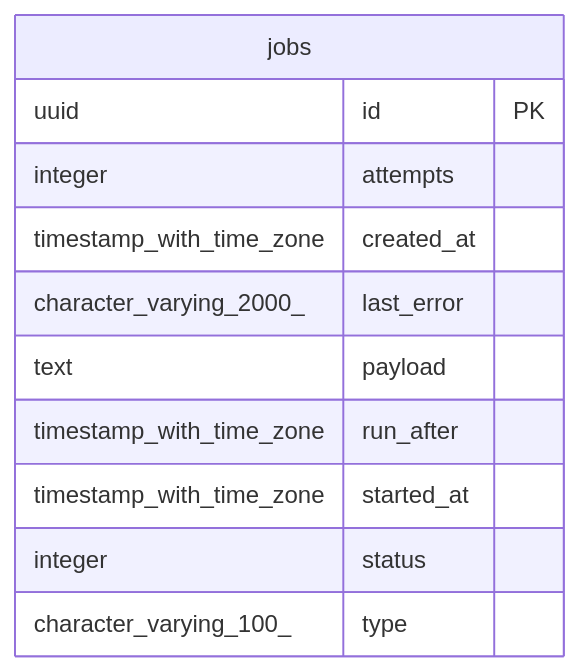
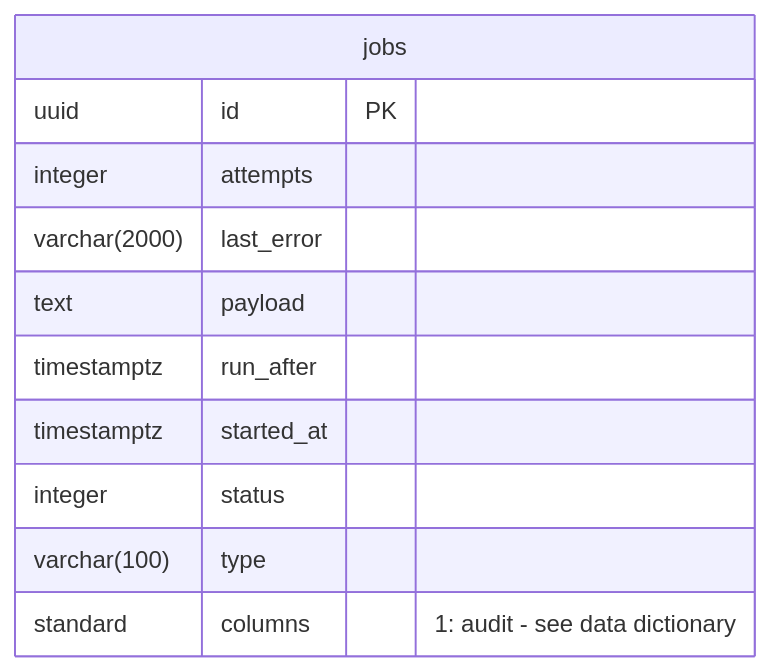
One commit to alexcanario/simulab changed the diagram in docs/architecture/Jobs/entities.md. Above: the diagram before and after it, drawn with Mermaid. The commit also changed other lines of this file and 3 other files, not shown here.

First line of the commit message:
feat(F-26): readable entity diagrams with the ELK layout (AB#744)

````diff
--- a/docs/architecture/Jobs/entities.md
+++ b/docs/architecture/Jobs/entities.md
@@ -5,14 +7,18 @@
 ```mermaid
+---
+config:
+  layout: elk
+---
 erDiagram
     jobs {
         uuid id PK
         integer attempts
-        timestamp_with_time_zone created_at
-        character_varying_2000_ last_error
+        varchar(2000) last_error
         text payload
-        timestamp_with_time_zone run_after
-        timestamp_with_time_zone started_at
+        timestamptz run_after
+        timestamptz started_at
         integer status
-        character_varying_100_ type
+        varchar(100) type
+        standard columns "1: audit - see data dictionary"
     }
 ```
````
